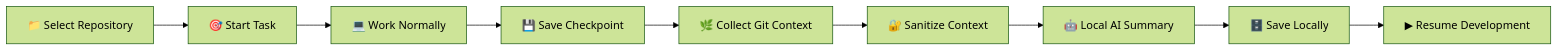
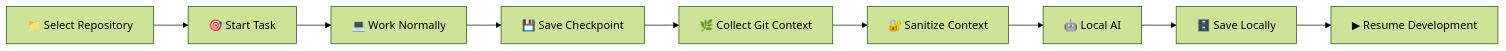
Before and after one commit to ananyaa0204/DevCheckpoint-CortexCrafters: the first of 4 diagrams in README.md, drawn with Mermaid (forest theme). The commit also changed other lines of this file, not shown here.

````diff
--- a/README.md
+++ b/README.md
@@ -93,21 +93,21 @@
 ```mermaid
 flowchart LR
     A["📁 Select Repository"]
     B["🎯 Start Task"]
     C["💻 Work Normally"]
     D["💾 Save Checkpoint"]
     E["🌿 Collect Git Context"]
     F["🔐 Sanitize Context"]
-    G["🤖 Local AI Summary"]
+    G["🤖 Local AI"]
     H["🗄️ Save Locally"]
     I["▶ Resume Development"]
 
     A --> B
     B --> C
     C --> D
     D --> E
     E --> F
     F --> G
     G --> H
     H --> I
 ```
````
